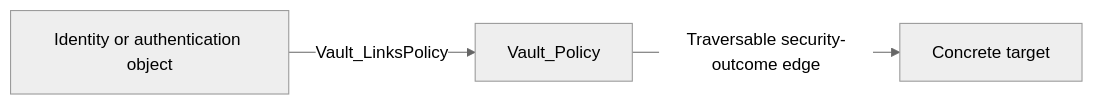
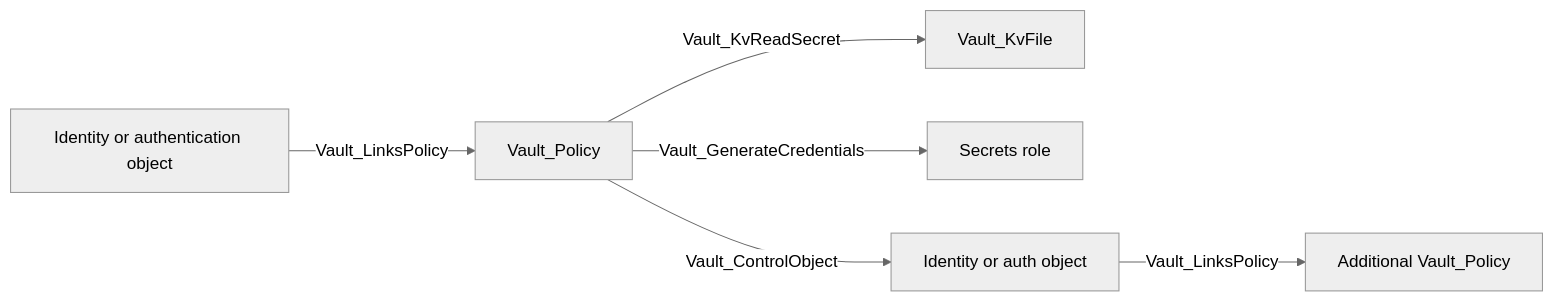
The fourth of 6 diagrams in Documentation/stores/POLICIES.md (bytewreck/opengraph-vault), drawn with Mermaid (neutral theme) before and after one commit. The commit also changed other lines of this file and 3 other files, not shown here.

````diff
--- a/Documentation/stores/POLICIES.md
+++ b/Documentation/stores/POLICIES.md
@@ -63,5 +63,8 @@
 ```mermaid
 flowchart LR
     principal["Identity or authentication object"] -->|Vault_LinksPolicy| policy[Vault_Policy]
-    policy -->|Traversable security-outcome edge| target["Concrete target"]
+    policy -->|Vault_KvReadSecret| secret[Vault_KvFile]
+    policy -->|Vault_GenerateCredentials| role[Secrets role]
+    policy -->|Vault_ControlObject| controlled["Identity or auth object"]
+    controlled -->|Vault_LinksPolicy| elevated["Additional Vault_Policy"]
 ```
````
